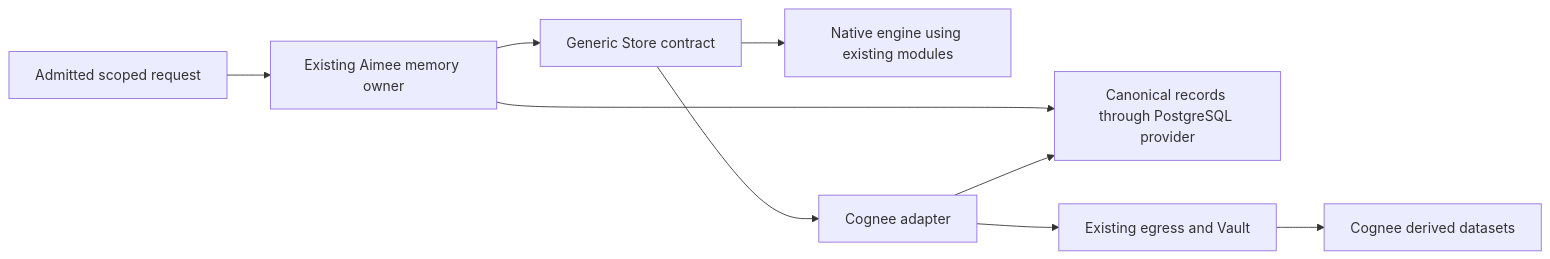
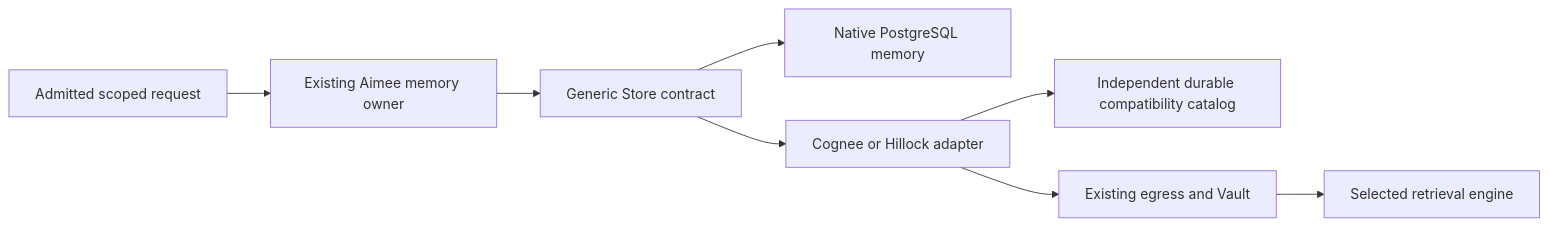
One commit to RakuenSoftware/aimee changed the first of 2 diagrams in docs/modules/memory.md. Above: the diagram before and after it, drawn with Mermaid. The commit also changed other lines of this file and 366 other files, not shown here.

Commit message:
Support Cognee and Hillock conversation memory and reconcile validated proposals

````diff
--- a/docs/modules/memory.md
+++ b/docs/modules/memory.md
@@ -425,11 +426,10 @@
 ```mermaid
 flowchart LR
     Request[Admitted scoped request] --> Owner[Existing Aimee memory owner]
-    Owner --> Source[Canonical records through PostgreSQL provider]
     Owner --> Contract[Generic Store contract]
-    Contract --> Native[Native engine using existing modules]
-    Contract --> Adapter[Cognee adapter]
+    Contract --> Native[Native PostgreSQL memory]
+    Contract --> Adapter[Cognee or Hillock adapter]
+    Adapter --> Catalog[Independent durable compatibility catalog]
     Adapter --> Egress[Existing egress and Vault]
-    Egress --> Cognee[Cognee derived datasets]
-    Adapter --> Source
+    Egress --> Engine[Selected retrieval engine]
 ```
````
